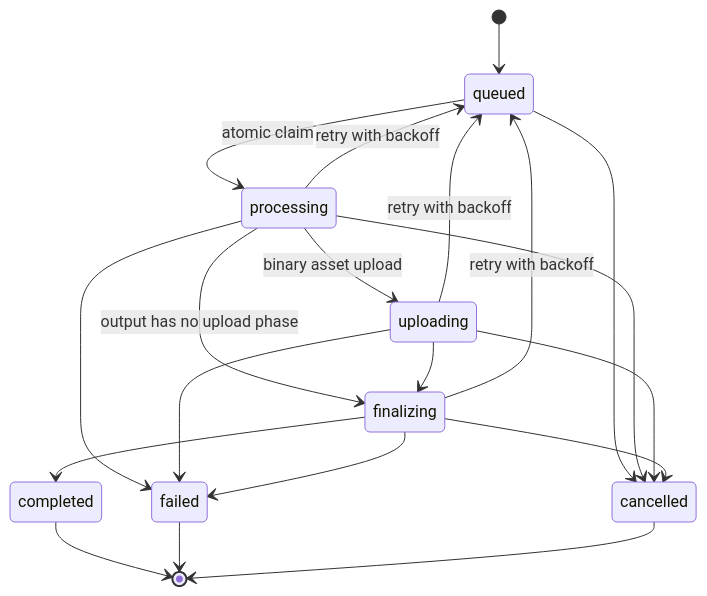
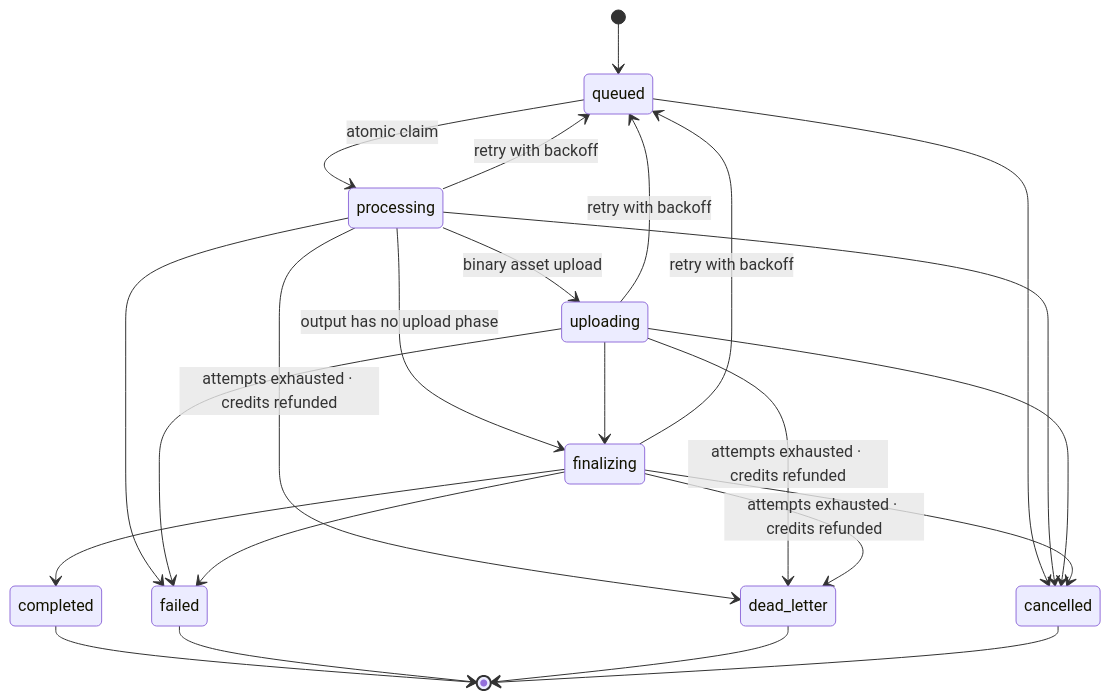
The diagram in docs/architecture/generation-job-state-machine.md (jggjosue/prompt-studio), drawn with Mermaid before and after one commit. The commit also changed other lines of this file and 11 other files, not shown here.

````diff
--- a/docs/architecture/generation-job-state-machine.md
+++ b/docs/architecture/generation-job-state-machine.md
@@ -29,22 +29,26 @@
 ```mermaid
 stateDiagram-v2
     [*] --> queued
     queued --> processing: atomic claim
     queued --> cancelled
     processing --> uploading: binary asset upload
     processing --> finalizing: output has no upload phase
     processing --> queued: retry with backoff
     processing --> failed
+    processing --> dead_letter: attempts exhausted · credits refunded
     processing --> cancelled
     uploading --> finalizing
     uploading --> queued: retry with backoff
     uploading --> failed
+    uploading --> dead_letter: attempts exhausted · credits refunded
     uploading --> cancelled
     finalizing --> completed
     finalizing --> queued: retry with backoff
     finalizing --> failed
+    finalizing --> dead_letter: attempts exhausted · credits refunded
     finalizing --> cancelled
     completed --> [*]
     failed --> [*]
+    dead_letter --> [*]
     cancelled --> [*]
 ```
````
